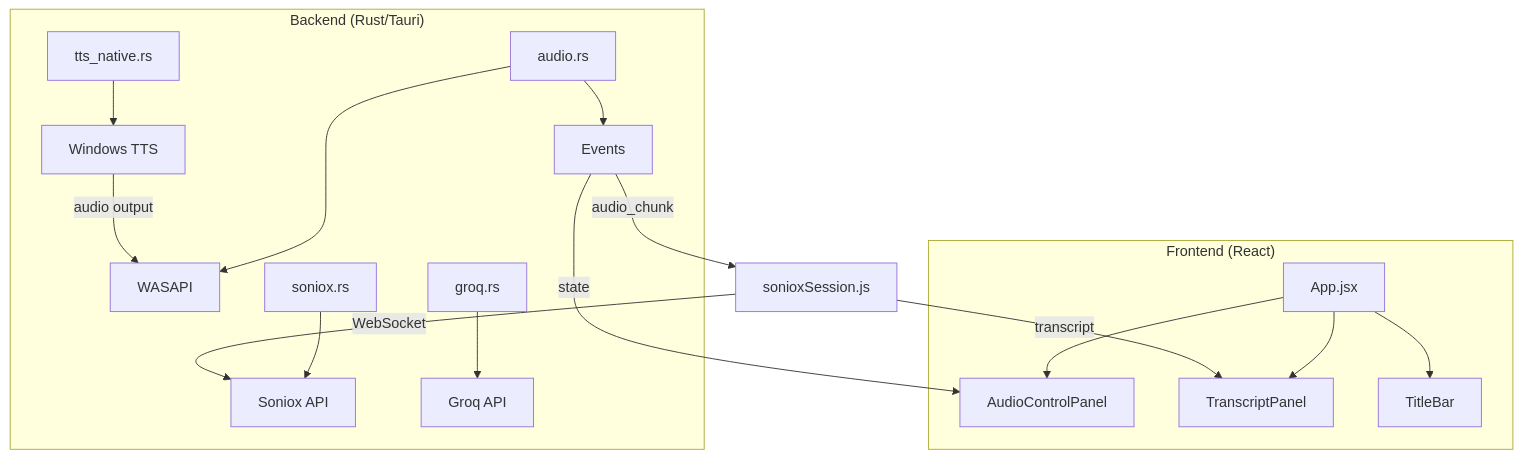
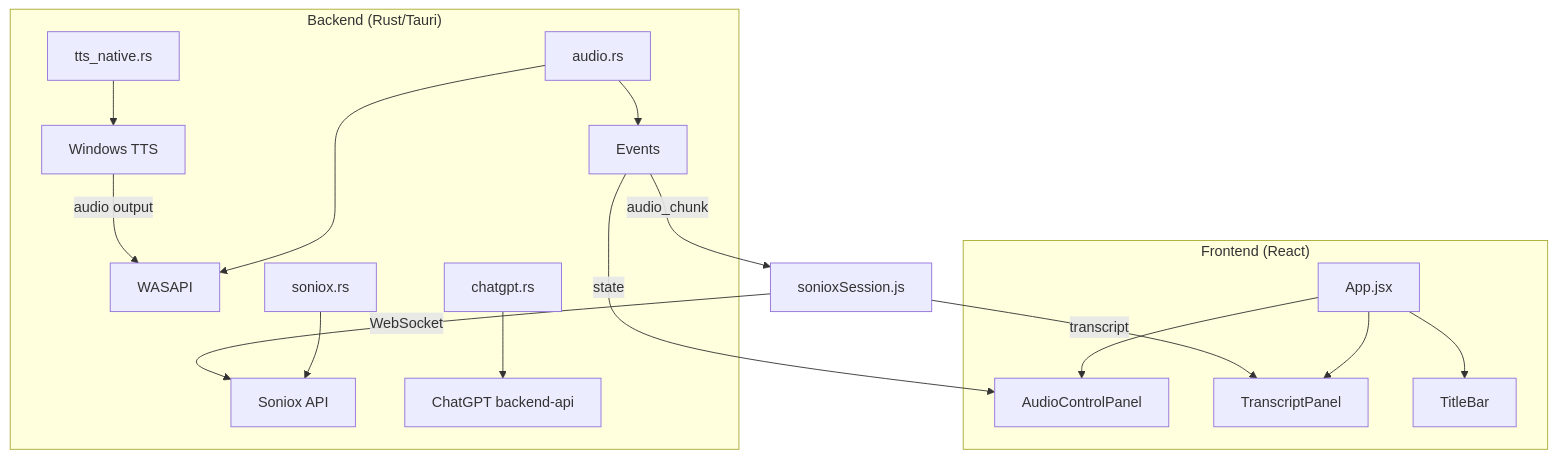
One commit to tungnguyensnk/sayvela changed the first of 2 diagrams in desktop/README.md. Above: the diagram before and after it, drawn with Mermaid. The commit also changed other lines of this file and 29 other files, not shown here.

First line of the commit message:
refactor: remove GPT-Free provider, Groq services, and unused hooks

````diff
--- a/desktop/README.md
+++ b/desktop/README.md
@@ -28,22 +28,22 @@
 ```mermaid
 graph TB
     subgraph Frontend["Frontend (React)"]
         A[App.jsx] --> B[AudioControlPanel]
         A --> C[TranscriptPanel]
         A --> D[TitleBar]
     end
 
     subgraph Backend["Backend (Rust/Tauri)"]
         E[audio.rs] --> F[WASAPI]
         E --> G[Events]
         H[soniox.rs] --> I[Soniox API]
-        J[groq.rs] --> K[Groq API]
+        J[chatgpt.rs] --> K[ChatGPT backend-api]
         L[tts_native.rs] --> M[Windows TTS]
     end
 
     G -->|audio_chunk| N[sonioxSession.js]
     N -->|WebSocket| I
     N -->|transcript| C
     G -->|state| B
     M -->|audio output| F
 ```
````
